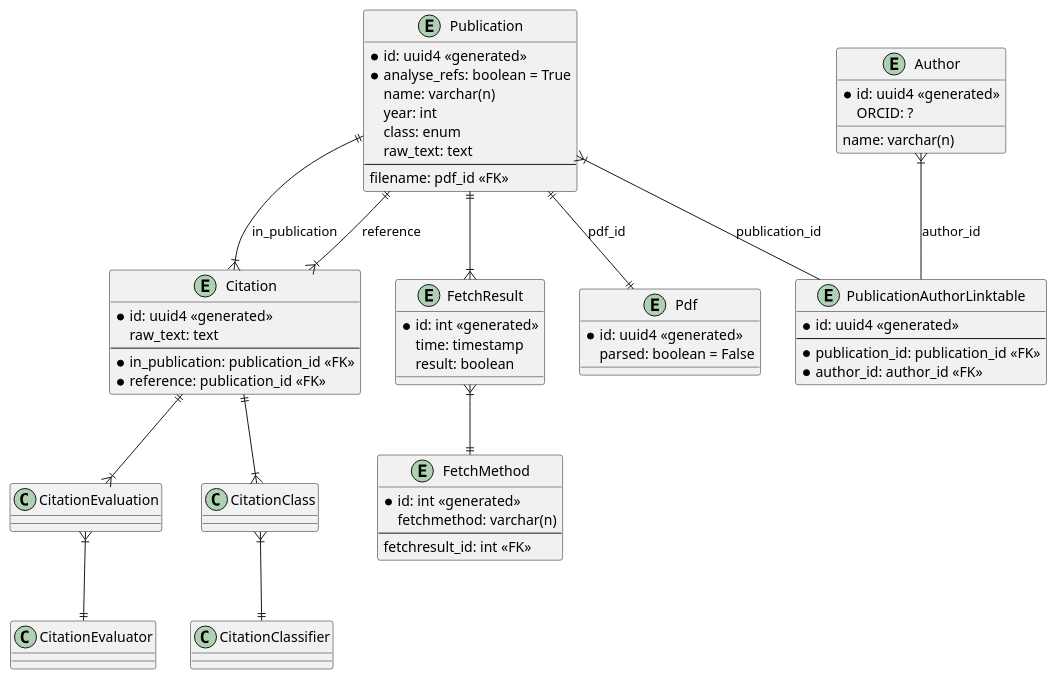
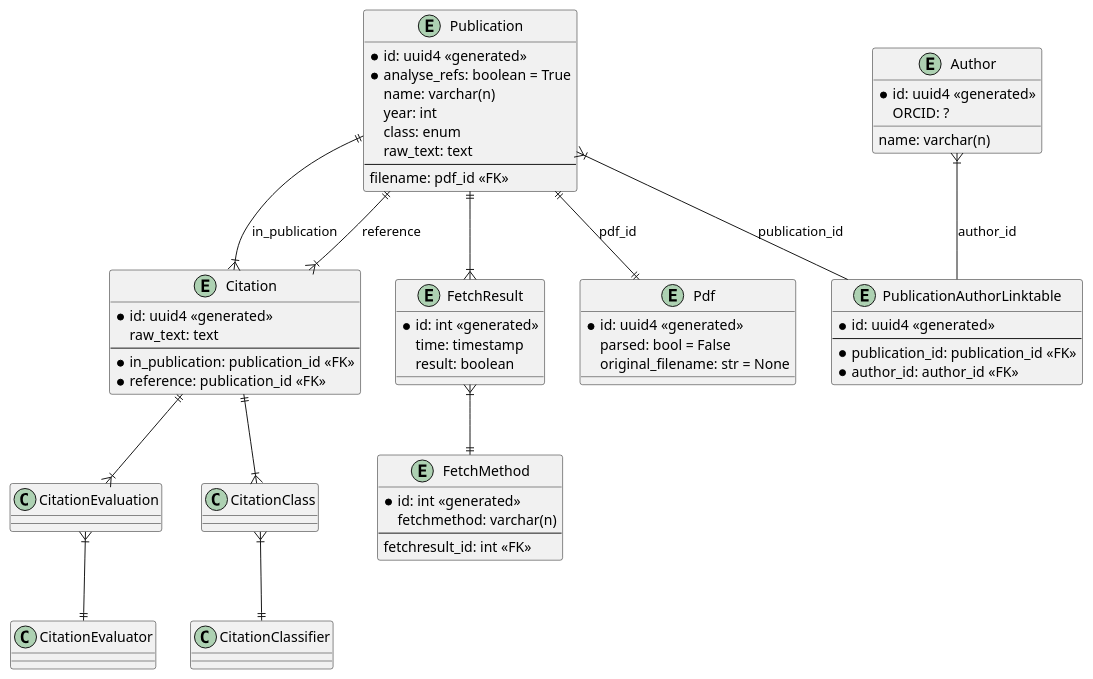
The diagram in docs/database_schema.puml (ouspg/refhandler), drawn with PlantUML before and after one commit. The commit also changed 1 other file, not shown here.

Commit message:
updated diagram

```diff
--- a/docs/database_schema.puml
+++ b/docs/database_schema.puml
@@ -1,72 +1,74 @@
 @startuml Database Schema
 'skinparam linetype ortho
 
 entity Publication{
     *id: uuid4 <<generated>>
     *analyse_refs: boolean = True
     name: varchar(n)
     'university
     'faculty
     'programme
     year: int
     class: enum
     raw_text: text
     --
     filename: pdf_id <<FK>>
 }
 
 entity Pdf {
     *id: uuid4 <<generated>>
-    parsed: boolean = False
+    parsed: bool = False
+    original_filename: str = None
+
 }
 
 entity PublicationAuthorLinktable{
     *id: uuid4 <<generated>>
     --
     *publication_id: publication_id <<FK>>
     *author_id: author_id <<FK>>
 }
 
 entity Author{
     *id: uuid4 <<generated>>
     ORCID: ?
     name: varchar(n)
 }
 
 entity Citation{
     *id: uuid4 <<generated>>
     raw_text: text
     --
     *in_publication: publication_id <<FK>>
     *reference: publication_id <<FK>>
 }
 
 entity FetchResult{
     *id: int <<generated>>
     time: timestamp
     result: boolean
 }
 
 entity FetchMethod{
     *id: int <<generated>>
     fetchmethod: varchar(n)
     --
     fetchresult_id: int <<FK>>
 }
 
 Publication ||--|| Pdf: pdf_id
 Publication }|-- PublicationAuthorLinktable: publication_id
 Author }|-- PublicationAuthorLinktable: author_id
 
 Publication ||--|{ FetchResult
 FetchResult }|--|| FetchMethod
 
 Publication ||--|{ Citation: in_publication
 Publication ||--|{ Citation: reference
 
 Citation ||--|{ CitationClass
 CitationClass }|--|| CitationClassifier
 Citation ||--|{ CitationEvaluation
 CitationEvaluation }|--|| CitationEvaluator
 
 @enduml
```
